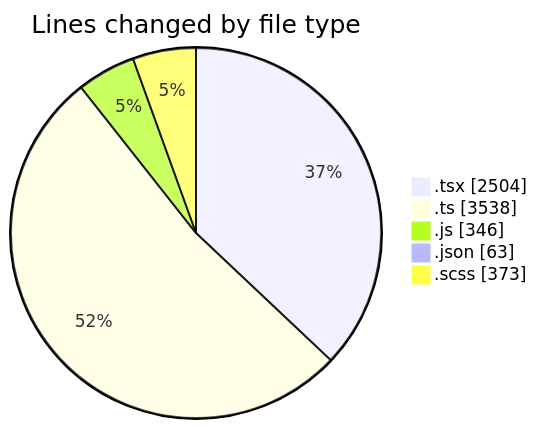
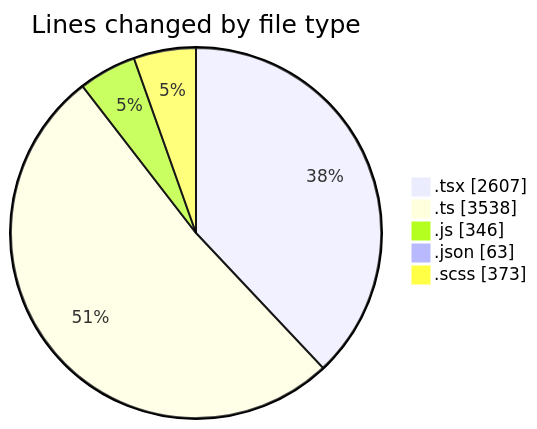
One commit to momahboobian/code-tracking changed the first of 2 diagrams in 2025-12-01/cda/README.md. Above: the diagram before and after it, drawn with Mermaid. The commit also changed other lines of this file and 1 other file, not shown here.

````diff
--- a/2025-12-01/cda/README.md
+++ b/2025-12-01/cda/README.md
@@ -33,9 +33,9 @@
 ```mermaid
 pie showData
 title Lines changed by file type
-".tsx" : 2504
+".tsx" : 2607
 ".ts" : 3538
 ".js" : 346
 ".json" : 63
 ".scss" : 373
 ```
````
